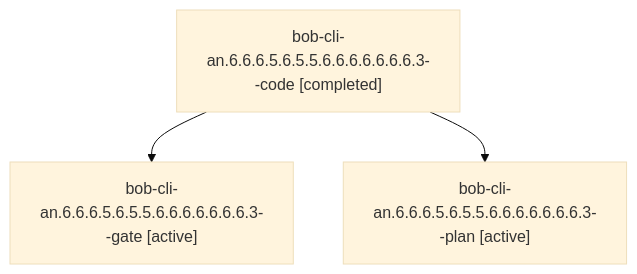
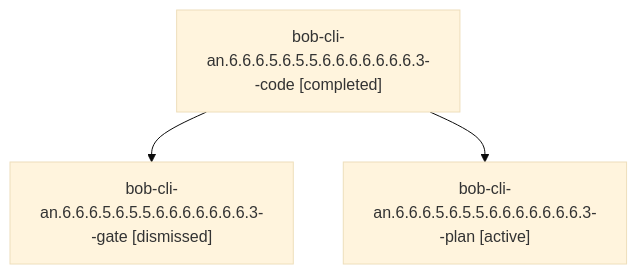
One commit to bobs-org/bob-cli--agents changed the diagram in sessions/bbugyi200.athena.bob-cli-an.6.6.6.5.6.5.5.6.6.6.6.6.6.6.3.md. Above: the diagram before and after it, drawn with Mermaid (base theme). The commit also changed other lines of this file and 551 other files, not shown here.

````diff
--- a/sessions/bbugyi200.athena.bob-cli-an.6.6.6.5.6.5.5.6.6.6.6.6.6.6.3.md
+++ b/sessions/bbugyi200.athena.bob-cli-an.6.6.6.5.6.5.5.6.6.6.6.6.6.6.3.md
@@ -9,8 +9,8 @@
 ```mermaid
 flowchart TD
   n0["bob-cli-an.6.6.6.5.6.5.5.6.6.6.6.6.6.6.3--code [completed]"]
-  n1["bob-cli-an.6.6.6.5.6.5.5.6.6.6.6.6.6.6.3--gate [active]"]
+  n1["bob-cli-an.6.6.6.5.6.5.5.6.6.6.6.6.6.6.3--gate [dismissed]"]
   n0 --> n1
   n2["bob-cli-an.6.6.6.5.6.5.5.6.6.6.6.6.6.6.3--plan [active]"]
   n0 --> n2
 ```
````
